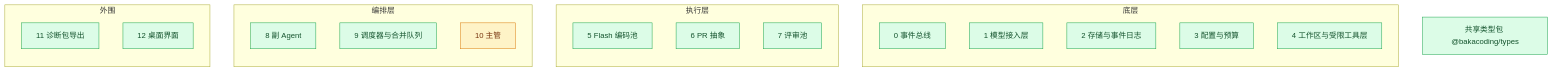
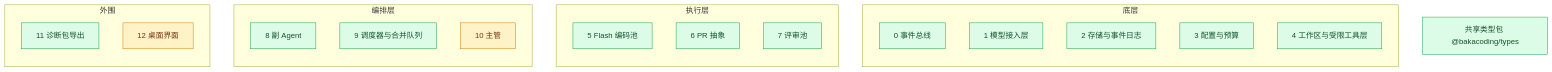
One commit to Akarin7784/BakaCoding changed the diagram in docs/progress.md. Above: the diagram before and after it, drawn with Mermaid. The commit also changed other lines of this file and 1 other file, not shown here.

Commit message:
docs: T-063 组合根 / 桌面后端与 progress
modules.md 写 createDefaultDeps、writer.lock、按仓库组装、startBackend；
progress 加 T-063 行，M12 标进行中。

````diff
--- a/docs/progress.md
+++ b/docs/progress.md
@@ -11,32 +11,32 @@
 ```mermaid
 flowchart BT
   subgraph 底层
     M0[0 事件总线]
     M1[1 模型接入层]
     M2[2 存储与事件日志]
     M3[3 配置与预算]
     M4[4 工作区与受限工具层]
   end
   subgraph 执行层
     M5[5 Flash 编码池]
     M6[6 PR 抽象]
     M7[7 评审池]
   end
   subgraph 编排层
     M8[8 副 Agent]
     M9[9 调度器与合并队列]
     M10[10 主管]
   end
   subgraph 外围
     M11[11 诊断包导出]
     M12[12 桌面界面]
   end
   T[共享类型包 @bakacoding/types]
 
   classDef todo fill:#f1f5f9,stroke:#94a3b8,color:#334155
   classDef doing fill:#fef3c7,stroke:#d97706,color:#78350f
   classDef done fill:#dcfce7,stroke:#16a34a,color:#14532d
 
-  class M0,M1,M2,M3,M4,M5,M6,M7,M8,M9,M11,M12,T done
-  class M10 doing
+  class M0,M1,M2,M3,M4,M5,M6,M7,M8,M9,M11,T done
+  class M10,M12 doing
 ```
````
